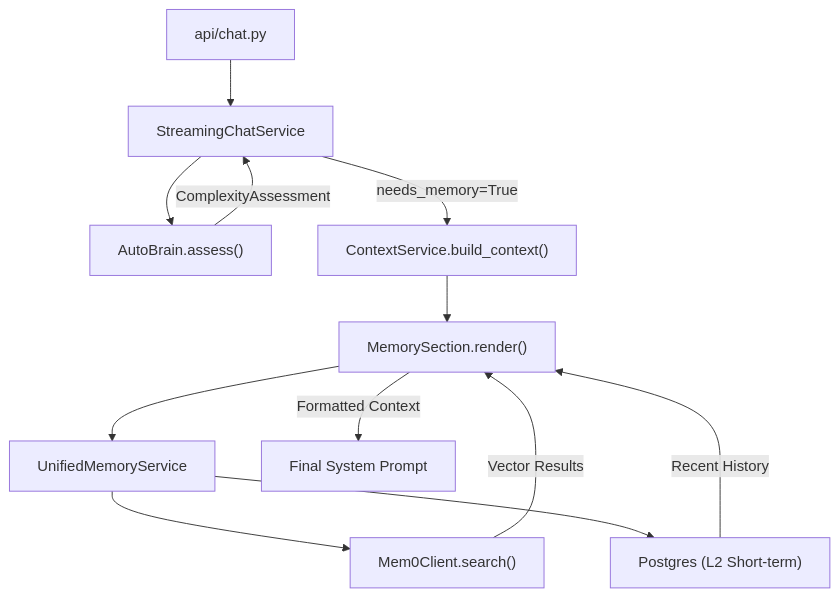
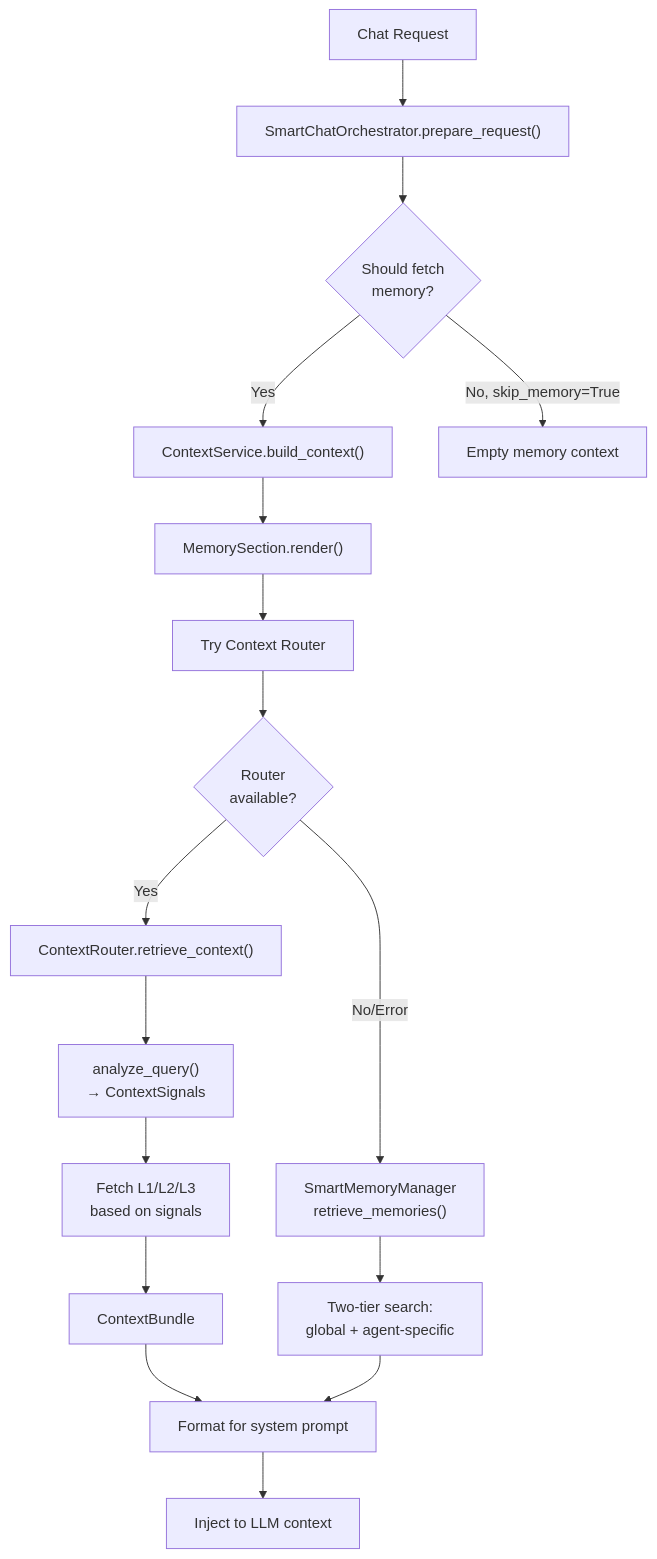
The first of 2 diagrams in docs/chat-interface/memory-integration.md (AutomatosAI/automatos-ai), drawn with Mermaid before and after one commit. The commit also changed other lines of this file and 153 other files, not shown here.

````diff
--- a/docs/chat-interface/memory-integration.md
+++ b/docs/chat-interface/memory-integration.md
@@ -71,29 +56,41 @@
 ```mermaid
 graph TB
-    ChatAPI["api/chat.py"]
-    StreamingChatService["StreamingChatService"]
-    AutoBrain["AutoBrain.assess()"]
+    ChatRequest["Chat Request"]
+    PrepareRequest["SmartChatOrchestrator.prepare_request()"]
+    MemoryDecision{"Should fetch<br/>memory?"}
     
     ContextService["ContextService.build_context()"]
     MemorySection["MemorySection.render()"]
     
-    UnifiedMemoryService["UnifiedMemoryService"]
-    Mem0Client["Mem0Client.search()"]
-    PostgresL2["Postgres (L2 Short-term)"]
+    TryContextRouter["Try Context Router"]
+    RouterSuccess{"Router<br/>available?"}
     
-    ChatAPI --> StreamingChatService
-    StreamingChatService --> AutoBrain
-    AutoBrain -->|ComplexityAssessment| StreamingChatService
+    ContextRouter["ContextRouter.retrieve_context()"]
+    AnalyzeQuery["analyze_query()<br/>→ ContextSignals"]
+    FetchLayers["Fetch L1/L2/L3<br/>based on signals"]
+    ContextBundle["ContextBundle"]
     
-    StreamingChatService -->|needs_memory=True| ContextService
+    SmartMemoryFallback["SmartMemoryManager<br/>retrieve_memories()"]
+    TwoTierSearch["Two-tier search:<br/>global + agent-specific"]
+    
+    ChatRequest --> PrepareRequest
+    PrepareRequest --> MemoryDecision
+    MemoryDecision -->|Yes| ContextService
+    MemoryDecision -->|No, skip_memory=True| SkipMemory["Empty memory context"]
+    
     ContextService --> MemorySection
-    MemorySection --> UnifiedMemoryService
+    MemorySection --> TryContextRouter
+    TryContextRouter --> RouterSuccess
     
-    UnifiedMemoryService --> Mem0Client
-    UnifiedMemoryService --> PostgresL2
+    RouterSuccess -->|Yes| ContextRouter
+    ContextRouter --> AnalyzeQuery
+    AnalyzeQuery --> FetchLayers
+    FetchLayers --> ContextBundle
     
-    Mem0Client -->|Vector Results| MemorySection
-    PostgresL2 -->|Recent History| MemorySection
+    RouterSuccess -->|No/Error| SmartMemoryFallback
+    SmartMemoryFallback --> TwoTierSearch
     
-    MemorySection -->|Formatted Context| FinalPrompt["Final System Prompt"]
+    ContextBundle --> FormatForPrompt["Format for system prompt"]
+    TwoTierSearch --> FormatForPrompt
+    FormatForPrompt --> InjectToLLM["Inject to LLM context"]
 ```
````
